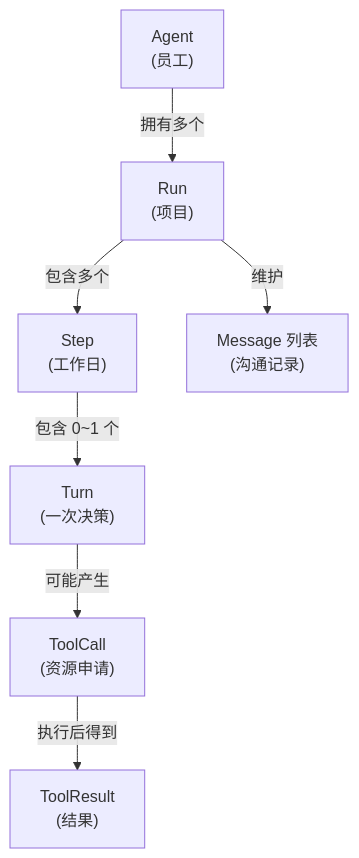
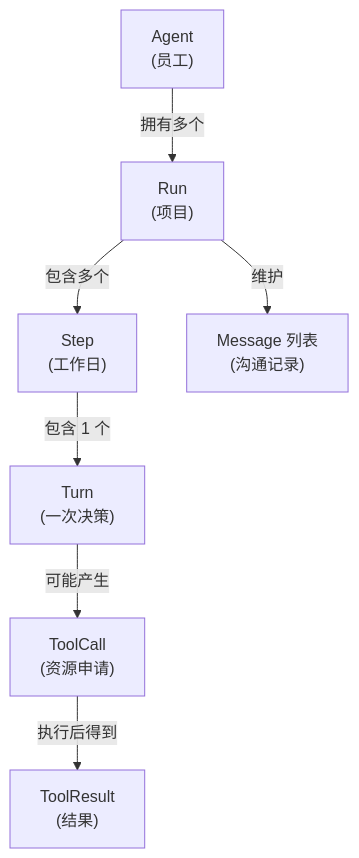
One commit to limenagent/prodagent changed the first of 2 diagrams in docs/tour/01-core.md. Above: the diagram before and after it, drawn with Mermaid. The commit also changed other lines of this file and 28 other files, not shown here.

````diff
--- a/docs/tour/01-core.md
+++ b/docs/tour/01-core.md
@@ -23,9 +23,9 @@
 ```mermaid
 graph TD
     Agent["Agent<br/>(员工)"] -->|拥有多个| Run["Run<br/>(项目)"]
     Run -->|包含多个| Step["Step<br/>(工作日)"]
-    Step -->|包含 0~1 个| Turn["Turn<br/>(一次决策)"]
+    Step -->|包含 1 个| Turn["Turn<br/>(一次决策)"]
     Turn -->|可能产生| ToolCall["ToolCall<br/>(资源申请)"]
     ToolCall -->|执行后得到| ToolResult["ToolResult<br/>(结果)"]
     Run -->|维护| Messages["Message 列表<br/>(沟通记录)"]
 ```
````
